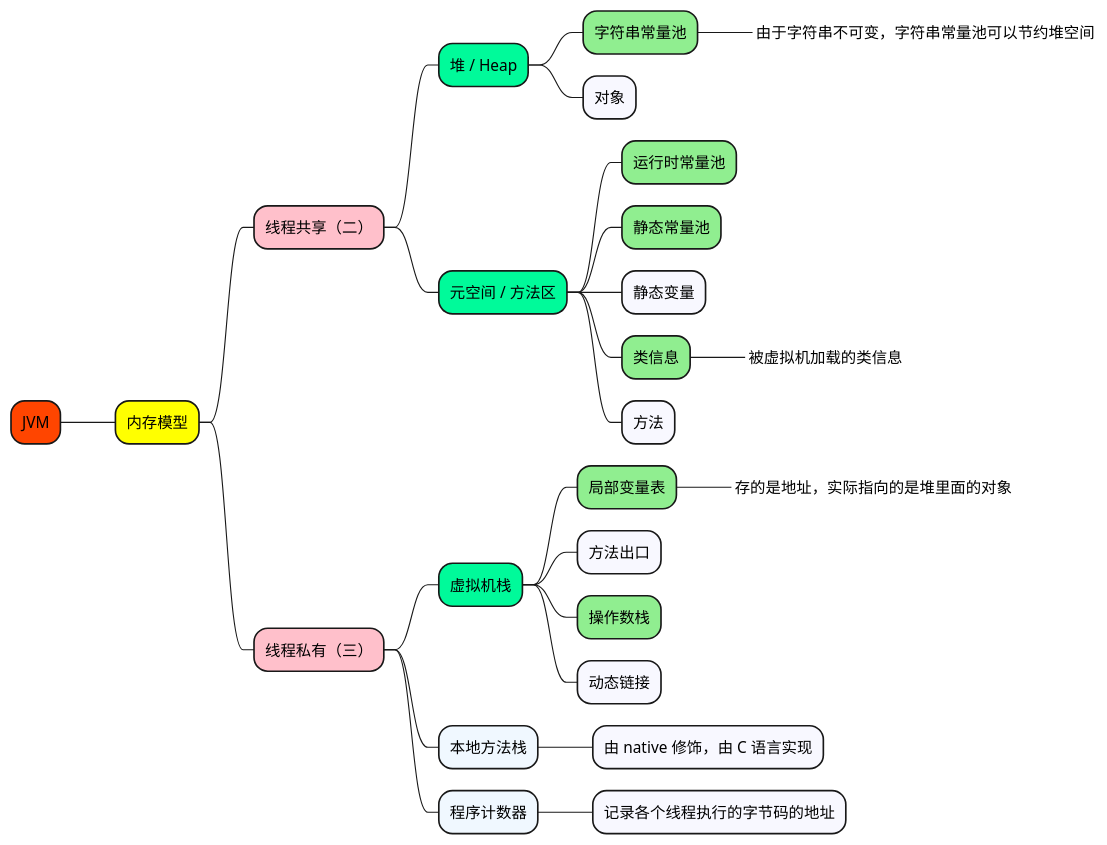
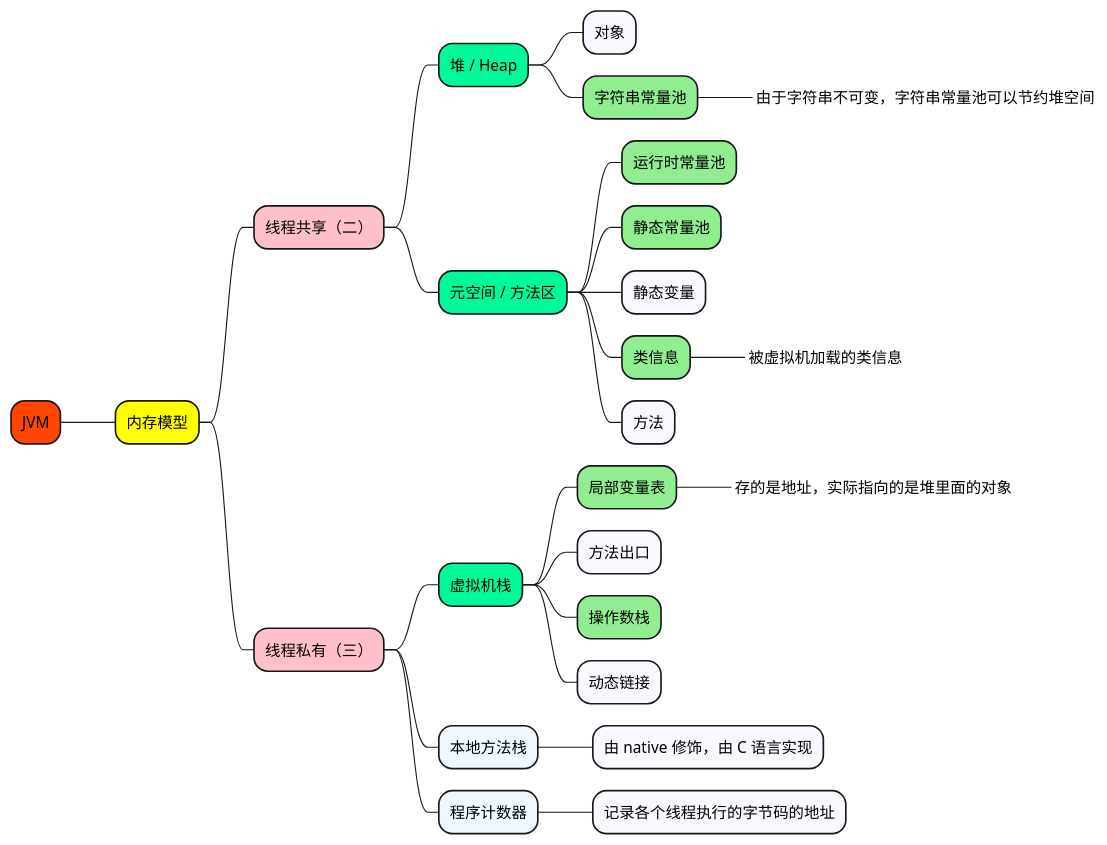
The diagram in 1_map/java/JVM-内存模型.puml (doveg/self-cultivation-of-a-software-engineer), drawn with PlantUML before and after one commit. The commit also changed other lines of this file and 3 other files, not shown here.

```diff
--- a/1_map/java/JVM-内存模型.puml
+++ b/1_map/java/JVM-内存模型.puml
@@ -1,42 +1,42 @@
 @startmindmap
 
 +[#OrangeRed] JVM
 
 ++[#yellow] 内存模型
 
 +++[#Pink] 线程共享（二）
 
 ++++[#MediumSpringGreen] 堆 / Heap
 
++++++[#GhostWhite] 对象
 +++++[#LightGreen] 字符串常量池
 ++++++_ 由于字符串不可变，字符串常量池可以节约堆空间
-+++++[#GhostWhite] 对象
 
 
 ++++[#MediumSpringGreen] 元空间 / 方法区
 
 +++++[#LightGreen] 运行时常量池
 +++++[#LightGreen] 静态常量池
 +++++[#GhostWhite] 静态变量
 +++++[#LightGreen] 类信息
 ++++++[#MediumSpringGreen]_ 被虚拟机加载的类信息
 +++++[#GhostWhite] 方法
 
 
 +++[#Pink] 线程私有（三）
 
 ++++[#MediumSpringGreen] 虚拟机栈
 +++++[#LightGreen] 局部变量表
 ++++++[#MediumSpringGreen]_ 存的是地址，实际指向的是堆里面的对象
 +++++[#GhostWhite] 方法出口
 +++++[#LightGreen] 操作数栈
 +++++[#GhostWhite] 动态链接
 
 ++++[#AliceBlue] 本地方法栈
 +++++[#GhostWhite] 由 native 修饰，由 C 语言实现
 
 ++++[#AliceBlue] 程序计数器
 +++++[#GhostWhite] 记录各个线程执行的字节码的地址
 
 
 @endmindmap
```
